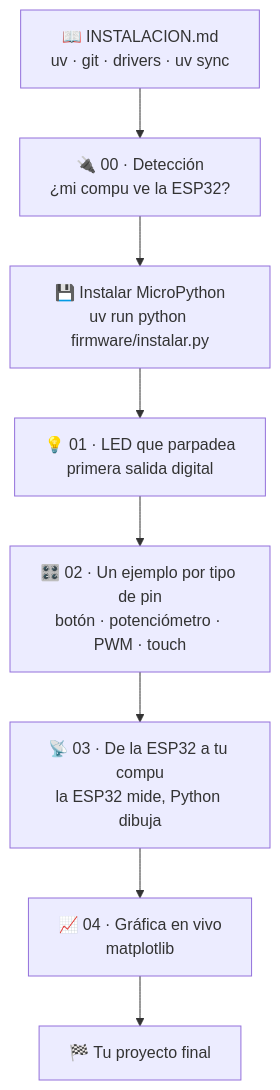
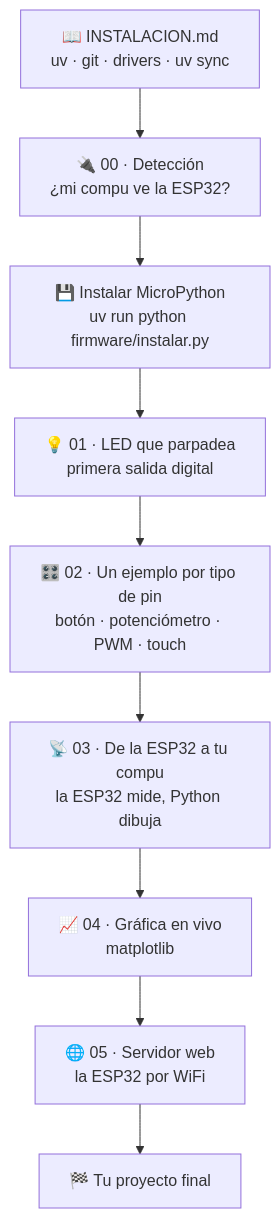
Before and after one commit to strahlenguy/ESP32: the second of 2 diagrams in README.md, drawn with Mermaid. The commit also changed other lines of this file and 2 other files, not shown here.

First line of the commit message:
Práctica 05: servidor web en la ESP32

````diff
--- a/README.md
+++ b/README.md
@@ -30,11 +30,12 @@
 ```mermaid
 flowchart TD
     A["📖 INSTALACION.md<br/>uv · git · drivers · uv sync"] --> B
     B["🔌 00 · Detección<br/>¿mi compu ve la ESP32?"] --> F
     F["💾 Instalar MicroPython<br/>uv run python firmware/instalar.py"] --> C
     C["💡 01 · LED que parpadea<br/>primera salida digital"] --> D
     D["🎛️ 02 · Un ejemplo por tipo de pin<br/>botón · potenciómetro · PWM · touch"] --> E
     E["📡 03 · De la ESP32 a tu compu<br/>la ESP32 mide, Python dibuja"] --> H
-    H["📈 04 · Gráfica en vivo<br/>matplotlib"] --> G
+    H["📈 04 · Gráfica en vivo<br/>matplotlib"] --> W
+    W["🌐 05 · Servidor web<br/>la ESP32 por WiFi"] --> G
     G["🏁 Tu proyecto final"]
 ```
````
